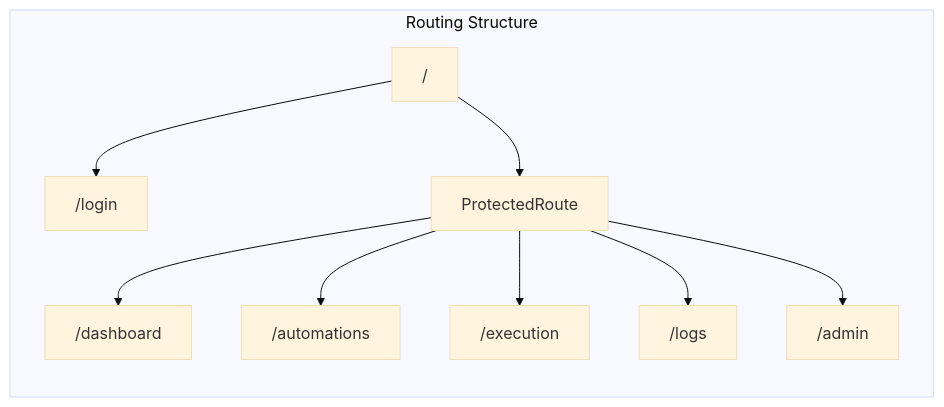
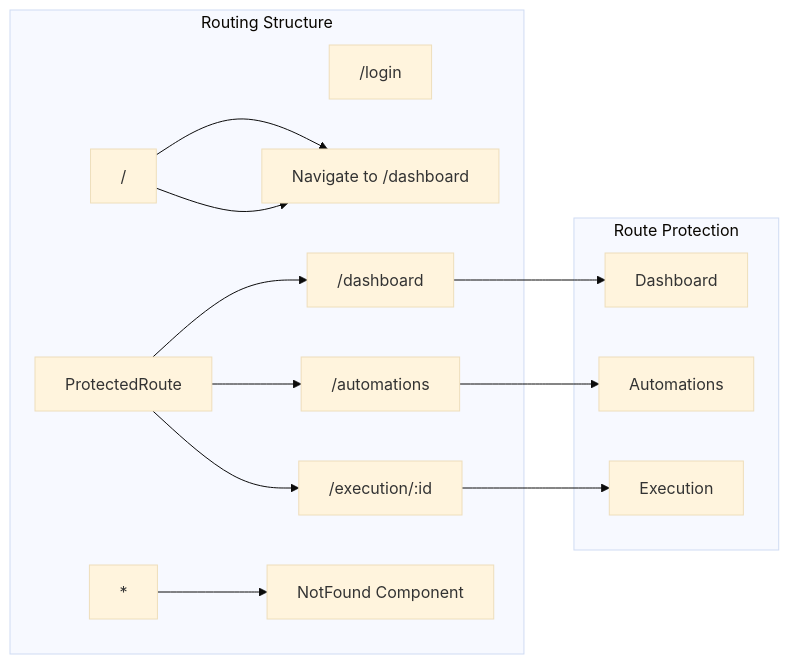
One commit to marcusborin12/cockpit changed the second of 10 diagrams in docs/architecture.md. Above: the diagram before and after it, drawn with Mermaid (base theme). The commit also changed other lines of this file, not shown here.

````diff
--- a/docs/architecture.md
+++ b/docs/architecture.md
@@ -85,12 +85,18 @@
 ```mermaid
 graph LR
     subgraph "Routing Structure"
-        ROOT["/"] --> LOGIN["/login"]
-        ROOT --> PROTECTED[ProtectedRoute]
-        PROTECTED --> DASH["/dashboard"]
+        LOGIN["/login"] 
+        ROOT["/"] --> REDIRECT["Navigate to /dashboard"]
+        PROTECTED[ProtectedRoute] --> DASH["/dashboard"]
         PROTECTED --> AUTO["/automations"]
-        PROTECTED --> EXEC["/execution"]
-        PROTECTED --> LOGS["/logs"]
-        PROTECTED --> ADMIN["/admin"]
+        PROTECTED --> EXEC["/execution/:id"]
+        NOTFOUND["*"] --> NF[NotFound Component]
+    end
+    
+    subgraph "Route Protection"
+        DASH --> Dashboard
+        AUTO --> Automations
+        EXEC --> Execution
+        ROOT --> REDIRECT
     end
 ```
````
